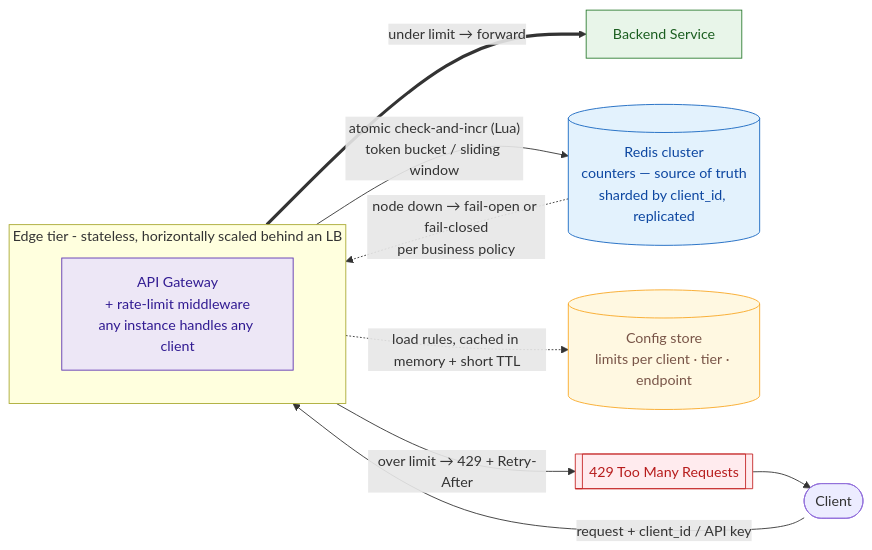
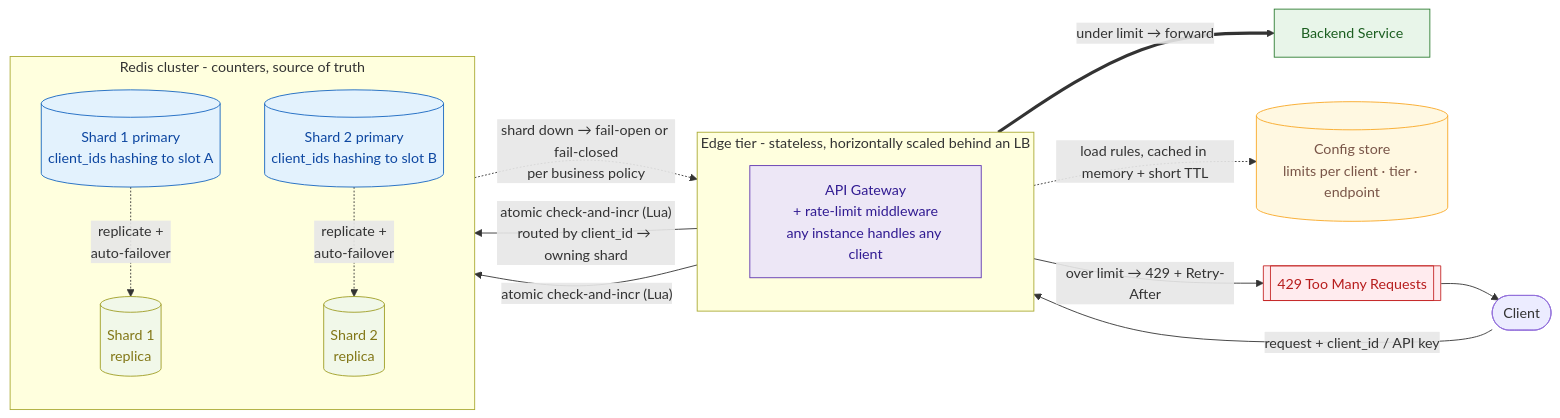
The diagram in practice/07-session/diagrams/ideal-design.mmd (ShubhamChouksey123/system-design), drawn with Mermaid before and after one commit. The commit also changed 4 other files, not shown here.

Commit message:
Added token bucket algorithm and how to use it.

```diff
--- a/practice/07-session/diagrams/ideal-design.mmd
+++ b/practice/07-session/diagrams/ideal-design.mmd
@@ -1,31 +1,43 @@
 %%{init: {"flowchart": {"curve": "basis"}}}%%
 flowchart LR
     classDef checkCls fill:#e3f2fd,stroke:#1565c0,color:#0d47a1;
     classDef denyCls fill:#ffebee,stroke:#c62828,color:#b71c1c;
     classDef allowCls fill:#e8f5e9,stroke:#2e7d32,color:#1b5e20;
     classDef storeCls fill:#fff8e1,stroke:#f9a825,color:#795548;
     classDef edgeCls fill:#ede7f6,stroke:#5e35b1,color:#311b92;
+    classDef replicaCls fill:#f1f8e9,stroke:#9e9d24,color:#827717;
 
     Client([Client])
 
     subgraph EDGE[Edge tier - stateless, horizontally scaled behind an LB]
         direction TB
         GW["API Gateway<br/>+ rate-limit middleware<br/>any instance handles any client"]:::edgeCls
     end
 
     Backend["Backend Service"]:::allowCls
 
+    subgraph STORE[Redis cluster - counters, source of truth]
+        direction TB
+        S1[("Shard 1 primary<br/>client_ids hashing to slot A")]:::checkCls
+        S1R[("Shard 1<br/>replica")]:::replicaCls
+        S2[("Shard 2 primary<br/>client_ids hashing to slot B")]:::checkCls
+        S2R[("Shard 2<br/>replica")]:::replicaCls
+        S1 -.->|"replicate +<br/>auto-failover"| S1R
+        S2 -.->|"replicate +<br/>auto-failover"| S2R
+    end
+
     %% ---------- CHECK path (every request) ----------
     Client -->|"request + client_id / API key"| GW
-    GW -->|"atomic check-and-incr (Lua)<br/>token bucket / sliding window"| Redis[("Redis cluster<br/>counters — source of truth<br/>sharded by client_id, replicated")]:::checkCls
+    GW -->|"atomic check-and-incr (Lua)<br/>routed by client_id → owning shard"| S1
+    GW -->|"atomic check-and-incr (Lua)"| S2
     GW -.->|"load rules, cached in memory + short TTL"| Config[("Config store<br/>limits per client · tier · endpoint")]:::storeCls
 
     %% ---------- ALLOW path ----------
     GW ==>|"under limit → forward"| Backend
 
     %% ---------- DENY path ----------
     GW -->|"over limit → 429 + Retry-After"| Deny[["429 Too Many Requests"]]:::denyCls
     Deny --> Client
 
     %% ---------- Resilience ----------
-    Redis -.->|"node down → fail-open or fail-closed<br/>per business policy"| GW
+    S1 -.->|"shard down → fail-open or fail-closed<br/>per business policy"| GW
```
